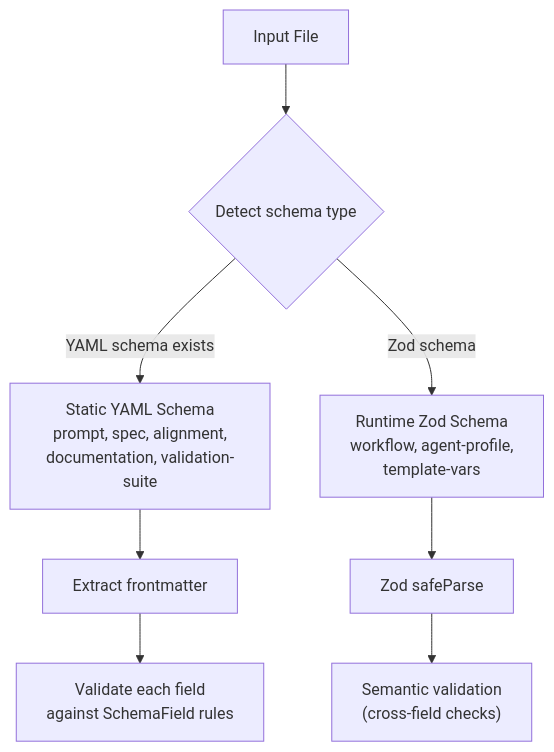
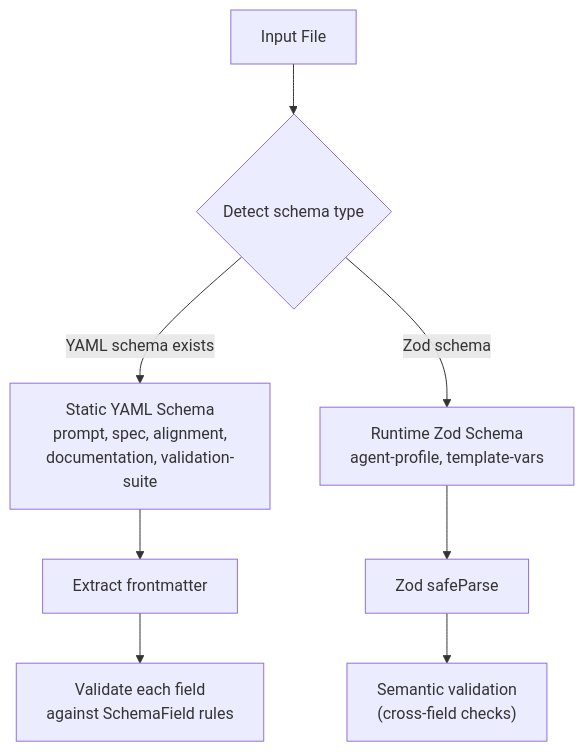
Before and after one commit to kalem-edlin/all-hands-cli: the diagram in docs/harness/cli/schema-and-validation-commands.md, drawn with Mermaid. The commit also changed other lines of this file and 17 other files, not shown here.

````diff
--- a/docs/harness/cli/schema-and-validation-commands.md
+++ b/docs/harness/cli/schema-and-validation-commands.md
@@ -18,10 +18,10 @@
 ```mermaid
 flowchart TD
     File["Input File"] --> Detect{"Detect schema type"}
     Detect -->|YAML schema exists| Static["Static YAML Schema<br/>prompt, spec, alignment,<br/>documentation, validation-suite"]
-    Detect -->|Zod schema| Runtime["Runtime Zod Schema<br/>workflow, agent-profile,<br/>template-vars"]
+    Detect -->|Zod schema| Runtime["Runtime Zod Schema<br/>agent-profile, template-vars"]
     Static --> FrontmatterParse["Extract frontmatter"]
     FrontmatterParse --> FieldValidation["Validate each field<br/>against SchemaField rules"]
     Runtime --> ZodParse["Zod safeParse"]
     ZodParse --> Semantic["Semantic validation<br/>(cross-field checks)"]
 ```
````
